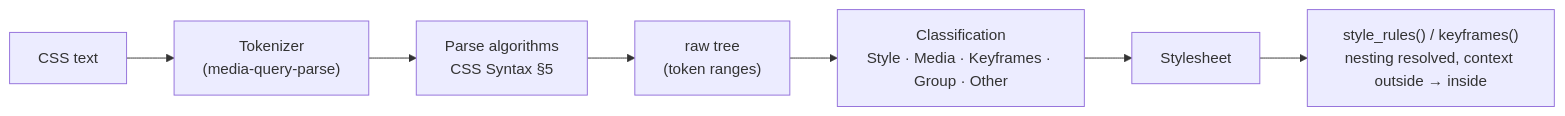
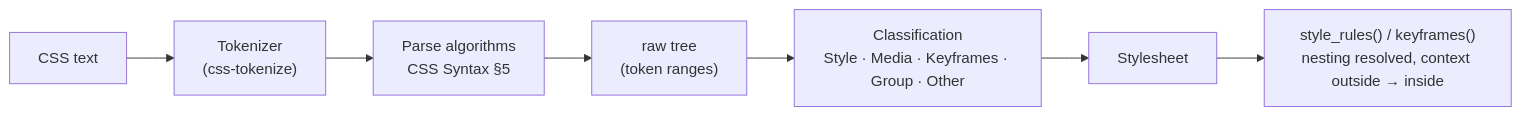
Before and after one commit to casoon/barrierlab: the diagram in docs/packages/stylesheet-parse.md, drawn with Mermaid. The commit also changed other lines of this file and 32 other files, not shown here.

First line of the commit message:
css-tokenize: extract the CSS tokenizer from media-query-parse; ratio accepts numbers; vendor css-parsing-tests

````diff
--- a/docs/packages/stylesheet-parse.md
+++ b/docs/packages/stylesheet-parse.md
@@ -27,9 +27,9 @@
 ```mermaid
 flowchart LR
-  css["CSS text"] --> tok["Tokenizer\n(media-query-parse)"]
+  css["CSS text"] --> tok["Tokenizer\n(css-tokenize)"]
   tok --> parse["Parse algorithms\nCSS Syntax §5"]
   parse --> raw["raw tree\n(token ranges)"]
   raw --> conv["Classification\nStyle · Media · Keyframes · Group · Other"]
   conv --> sheet["Stylesheet"]
   sheet --> flat["style_rules() / keyframes()\nnesting resolved, context outside → inside"]
 ```
````
